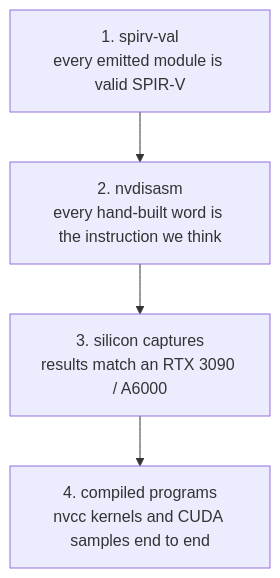
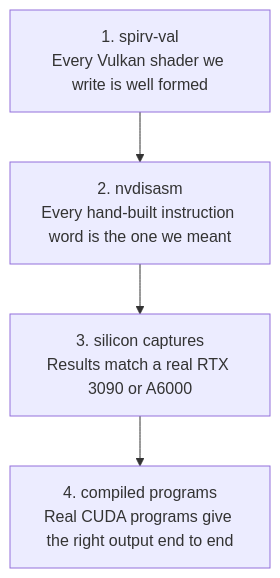
The diagram in docs/architecture/verification.md (0xNikilite/oboromi), drawn with Mermaid before and after one commit. The commit also changed other lines of this file and 22 other files, not shown here.

````diff
--- a/docs/architecture/verification.md
+++ b/docs/architecture/verification.md
@@ -5,6 +7,6 @@
 ```mermaid
 flowchart TB
-    T1["1. spirv-val<br/>every emitted module is valid SPIR-V"] --> T2["2. nvdisasm<br/>every hand-built word is the instruction we think"]
-    T2 --> T3["3. silicon captures<br/>results match an RTX 3090 / A6000"]
-    T3 --> T4["4. compiled programs<br/>nvcc kernels and CUDA samples end to end"]
+    T1["1. spirv-val<br/>Every Vulkan shader we write is well formed"] --> T2["2. nvdisasm<br/>Every hand-built instruction word is the one we meant"]
+    T2 --> T3["3. silicon captures<br/>Results match a real RTX 3090 or A6000"]
+    T3 --> T4["4. compiled programs<br/>Real CUDA programs give the right output end to end"]
 ```
````
